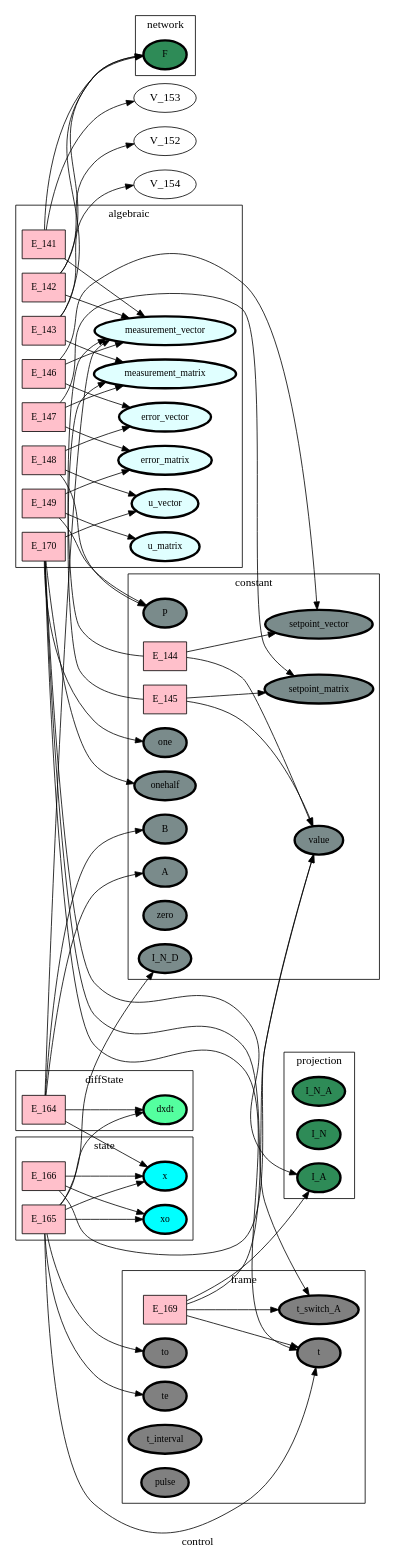
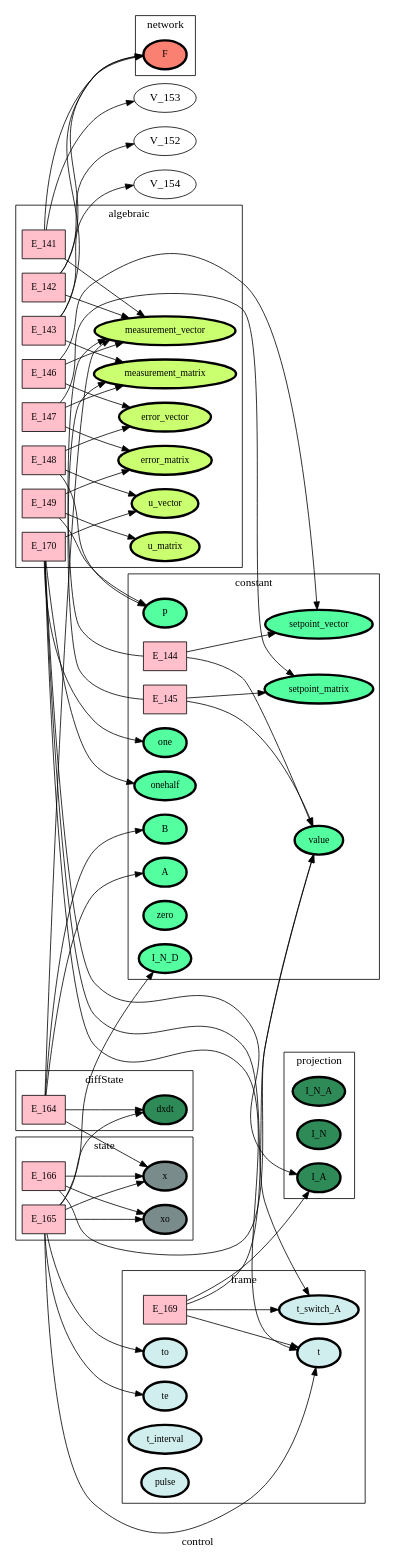
Before and after one commit to heinz-preisig/sandbox21: the diagram in ontology_graphs/graph__control.dot, drawn with Graphviz. The commit also changed 96 other files, not shown here.

```diff
--- a/ontology_graphs/graph__control.dot
+++ b/ontology_graphs/graph__control.dot
@@ -1,154 +1,154 @@
 digraph control {
 label=control;
 rankdir=LR;
 subgraph cluster_control___dataFlow {
 label=dataFlow;
 rankdir=LR;
 }
 
 subgraph cluster_control___input {
 label=input;
 rankdir=LR;
 }
 
 subgraph cluster_control___output {
 label=output;
 rankdir=LR;
 }
 
 subgraph cluster_control___network {
 label=network;
 rankdir=LR;
-V_10 [fillcolor=seagreen, fontsize=12, label=F, penwidth=3, style=filled];
+V_10 [fillcolor=salmon, fontsize=12, label=F, penwidth=3, style=filled];
 }
 
 subgraph cluster_control___projection {
 label=projection;
 rankdir=LR;
-V_48 [fillcolor=seagreen4, fontsize=12, label=I_N_A, penwidth=3, style=filled];
-V_96 [fillcolor=seagreen4, fontsize=12, label=I_N, penwidth=3, style=filled];
-V_97 [fillcolor=seagreen4, fontsize=12, label=I_A, penwidth=3, style=filled];
+V_48 [fillcolor=seagreen, fontsize=12, label=I_N_A, penwidth=3, style=filled];
+V_96 [fillcolor=seagreen, fontsize=12, label=I_N, penwidth=3, style=filled];
+V_97 [fillcolor=seagreen, fontsize=12, label=I_A, penwidth=3, style=filled];
 }
 
 subgraph cluster_control___localIndex {
 label=localIndex;
 rankdir=LR;
 }
 
 E_169 -> V_1  [splines=ortho];
 E_169 -> V_4  [splines=ortho];
 E_169 -> V_97  [splines=ortho];
 subgraph cluster_control___frame {
 label=frame;
 rankdir=LR;
-V_185 [fillcolor=grey, fontsize=12, label=t_switch_A, penwidth=3, style=filled];
-V_4 [fillcolor=grey, fontsize=12, label=t, penwidth=3, style=filled];
-V_5 [fillcolor=grey, fontsize=12, label=to, penwidth=3, style=filled];
-V_6 [fillcolor=grey, fontsize=12, label=te, penwidth=3, style=filled];
-V_7 [fillcolor=grey, fontsize=12, label=t_interval, penwidth=3, style=filled];
-V_9 [fillcolor=grey, fontsize=12, label=pulse, penwidth=3, style=filled];
+V_185 [fillcolor=lightcyan2, fontsize=12, label=t_switch_A, penwidth=3, style=filled];
+V_4 [fillcolor=lightcyan2, fontsize=12, label=t, penwidth=3, style=filled];
+V_5 [fillcolor=lightcyan2, fontsize=12, label=to, penwidth=3, style=filled];
+V_6 [fillcolor=lightcyan2, fontsize=12, label=te, penwidth=3, style=filled];
+V_7 [fillcolor=lightcyan2, fontsize=12, label=t_interval, penwidth=3, style=filled];
+V_9 [fillcolor=lightcyan2, fontsize=12, label=pulse, penwidth=3, style=filled];
 E_169 [fillcolor=pink, fontsize=12, shape=box, style=filled];
 E_169 -> V_185  [splines=ortho];
 }
 
 E_165 -> V_181  [splines=ortho];
 E_165 -> V_182  [splines=ortho];
 E_165 -> V_183  [splines=ortho];
 E_165 -> V_4  [splines=ortho];
 E_165 -> V_5  [splines=ortho];
 E_165 -> V_6  [splines=ortho];
 E_166 -> V_1  [splines=ortho];
 E_166 -> V_179  [splines=ortho];
 subgraph cluster_control___state {
 label=state;
 rankdir=LR;
-V_179 [fillcolor=cyan, fontsize=12, label=x, penwidth=3, style=filled];
-V_183 [fillcolor=cyan, fontsize=12, label=xo, penwidth=3, style=filled];
+V_179 [fillcolor=lightcyan4, fontsize=12, label=x, penwidth=3, style=filled];
+V_183 [fillcolor=lightcyan4, fontsize=12, label=xo, penwidth=3, style=filled];
 E_165 [fillcolor=pink, fontsize=12, shape=box, style=filled];
 E_165 -> V_179  [splines=ortho];
 E_166 [fillcolor=pink, fontsize=12, shape=box, style=filled];
 E_166 -> V_183  [splines=ortho];
 }
 
 E_144 -> V_1  [splines=ortho];
 E_144 -> V_155  [splines=ortho];
 E_145 -> V_1  [splines=ortho];
 E_145 -> V_156  [splines=ortho];
 subgraph cluster_control___constant {
 label=constant;
 rankdir=LR;
-V_1 [fillcolor=lightcyan4, fontsize=12, label=value, penwidth=3, style=filled];
-V_157 [fillcolor=lightcyan4, fontsize=12, label=setpoint_vector, penwidth=3, style=filled];
-V_158 [fillcolor=lightcyan4, fontsize=12, label=setpoint_matrix, penwidth=3, style=filled];
-V_159 [fillcolor=lightcyan4, fontsize=12, label=P, penwidth=3, style=filled];
-V_177 [fillcolor=lightcyan4, fontsize=12, label=A, penwidth=3, style=filled];
-V_178 [fillcolor=lightcyan4, fontsize=12, label=B, penwidth=3, style=filled];
-V_181 [fillcolor=lightcyan4, fontsize=12, label=I_N_D, penwidth=3, style=filled];
-V_2 [fillcolor=lightcyan4, fontsize=12, label=one, penwidth=3, style=filled];
-V_3 [fillcolor=lightcyan4, fontsize=12, label=zero, penwidth=3, style=filled];
-V_8 [fillcolor=lightcyan4, fontsize=12, label=onehalf, penwidth=3, style=filled];
+V_1 [fillcolor=seagreen1, fontsize=12, label=value, penwidth=3, style=filled];
+V_157 [fillcolor=seagreen1, fontsize=12, label=setpoint_vector, penwidth=3, style=filled];
+V_158 [fillcolor=seagreen1, fontsize=12, label=setpoint_matrix, penwidth=3, style=filled];
+V_159 [fillcolor=seagreen1, fontsize=12, label=P, penwidth=3, style=filled];
+V_177 [fillcolor=seagreen1, fontsize=12, label=A, penwidth=3, style=filled];
+V_178 [fillcolor=seagreen1, fontsize=12, label=B, penwidth=3, style=filled];
+V_181 [fillcolor=seagreen1, fontsize=12, label=I_N_D, penwidth=3, style=filled];
+V_2 [fillcolor=seagreen1, fontsize=12, label=one, penwidth=3, style=filled];
+V_3 [fillcolor=seagreen1, fontsize=12, label=zero, penwidth=3, style=filled];
+V_8 [fillcolor=seagreen1, fontsize=12, label=onehalf, penwidth=3, style=filled];
 E_144 [fillcolor=pink, fontsize=12, shape=box, style=filled];
 E_144 -> V_157  [splines=ortho];
 E_145 [fillcolor=pink, fontsize=12, shape=box, style=filled];
 E_145 -> V_158  [splines=ortho];
 }
 
 E_164 -> V_155  [splines=ortho];
 E_164 -> V_177  [splines=ortho];
 E_164 -> V_178  [splines=ortho];
 E_164 -> V_179  [splines=ortho];
 subgraph cluster_control___diffState {
 label=diffState;
 rankdir=LR;
-V_182 [fillcolor=seagreen1, fontsize=12, label=dxdt, penwidth=3, style=filled];
+V_182 [fillcolor=seagreen4, fontsize=12, label=dxdt, penwidth=3, style=filled];
 E_164 [fillcolor=pink, fontsize=12, shape=box, style=filled];
 E_164 -> V_182  [splines=ortho];
 }
 
 E_141 -> V_10  [splines=ortho];
 E_141 -> V_153  [splines=ortho];
 E_142 -> V_10  [splines=ortho];
 E_142 -> V_152  [splines=ortho];
 E_143 -> V_10  [splines=ortho];
 E_143 -> V_154  [splines=ortho];
 E_146 -> V_155  [splines=ortho];
 E_146 -> V_157  [splines=ortho];
 E_147 -> V_156  [splines=ortho];
 E_147 -> V_158  [splines=ortho];
 E_148 -> V_159  [splines=ortho];
 E_148 -> V_160  [splines=ortho];
 E_170 -> V_185  [splines=ortho];
 E_170 -> V_2  [splines=ortho];
 E_170 -> V_4  [splines=ortho];
 E_170 -> V_8  [splines=ortho];
 E_170 -> V_97  [splines=ortho];
 E_149 -> V_159  [splines=ortho];
 E_149 -> V_161  [splines=ortho];
 subgraph cluster_control___algebraic {
 label=algebraic;
 rankdir=LR;
-V_155 [fillcolor=lightcyan1, fontsize=12, label=measurement_vector, penwidth=3, style=filled];
-V_156 [fillcolor=lightcyan1, fontsize=12, label=measurement_matrix, penwidth=3, style=filled];
-V_160 [fillcolor=lightcyan1, fontsize=12, label=error_vector, penwidth=3, style=filled];
-V_161 [fillcolor=lightcyan1, fontsize=12, label=error_matrix, penwidth=3, style=filled];
-V_162 [fillcolor=lightcyan1, fontsize=12, label=u_vector, penwidth=3, style=filled];
-V_163 [fillcolor=lightcyan1, fontsize=12, label=u_matrix, penwidth=3, style=filled];
+V_155 [fillcolor=darkolivegreen1, fontsize=12, label=measurement_vector, penwidth=3, style=filled];
+V_156 [fillcolor=darkolivegreen1, fontsize=12, label=measurement_matrix, penwidth=3, style=filled];
+V_160 [fillcolor=darkolivegreen1, fontsize=12, label=error_vector, penwidth=3, style=filled];
+V_161 [fillcolor=darkolivegreen1, fontsize=12, label=error_matrix, penwidth=3, style=filled];
+V_162 [fillcolor=darkolivegreen1, fontsize=12, label=u_vector, penwidth=3, style=filled];
+V_163 [fillcolor=darkolivegreen1, fontsize=12, label=u_matrix, penwidth=3, style=filled];
 E_141 [fillcolor=pink, fontsize=12, shape=box, style=filled];
 E_141 -> V_155  [splines=ortho];
 E_142 [fillcolor=pink, fontsize=12, shape=box, style=filled];
 E_142 -> V_155  [splines=ortho];
 E_143 [fillcolor=pink, fontsize=12, shape=box, style=filled];
 E_143 -> V_156  [splines=ortho];
 E_146 [fillcolor=pink, fontsize=12, shape=box, style=filled];
 E_146 -> V_160  [splines=ortho];
 E_147 [fillcolor=pink, fontsize=12, shape=box, style=filled];
 E_147 -> V_161  [splines=ortho];
 E_148 [fillcolor=pink, fontsize=12, shape=box, style=filled];
 E_148 -> V_162  [splines=ortho];
 E_170 [fillcolor=pink, fontsize=12, shape=box, style=filled];
 E_170 -> V_162  [splines=ortho];
 E_149 [fillcolor=pink, fontsize=12, shape=box, style=filled];
 E_149 -> V_163  [splines=ortho];
 }
 
 }
```
